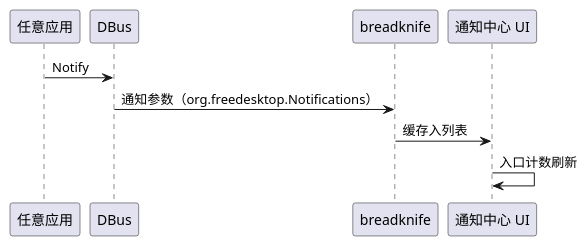
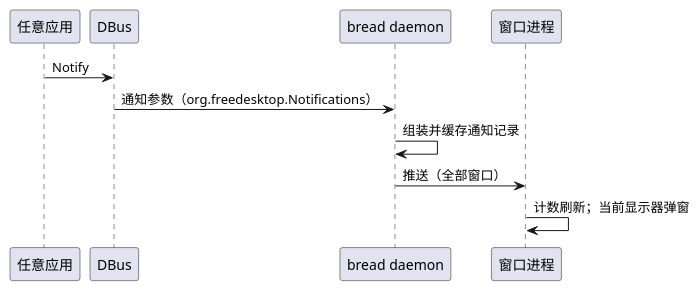
The diagram in diagram/breadknife-notification.puml (54m43lJ/BreadKnife), drawn with PlantUML before and after one commit. The commit also changed 10 other files, not shown here.

Commit message:
docs(breadknife): 架构落档——daemon/窗口拆分（ARCH 重写 + 五图重绘）

```diff
--- a/diagram/breadknife-notification.puml
+++ b/diagram/breadknife-notification.puml
@@ -1,11 +1,12 @@
 @startuml breadknife-notification
 participant "任意应用" as app
 participant DBus
-participant breadknife
-participant "通知中心 UI" as ui
+participant "bread daemon" as daemon
+participant "窗口进程" as win
 
 app -> DBus: Notify
-DBus -> breadknife: 通知参数（org.freedesktop.Notifications）
-breadknife -> ui: 缓存入列表
-ui -> ui: 入口计数刷新
+DBus -> daemon: 通知参数（org.freedesktop.Notifications）
+daemon -> daemon: 组装并缓存通知记录
+daemon -> win: 推送（全部窗口）
+win -> win: 计数刷新；当前显示器弹窗
 @enduml
```
